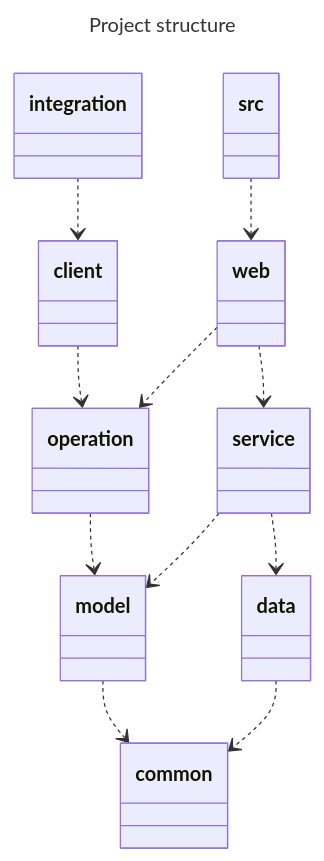
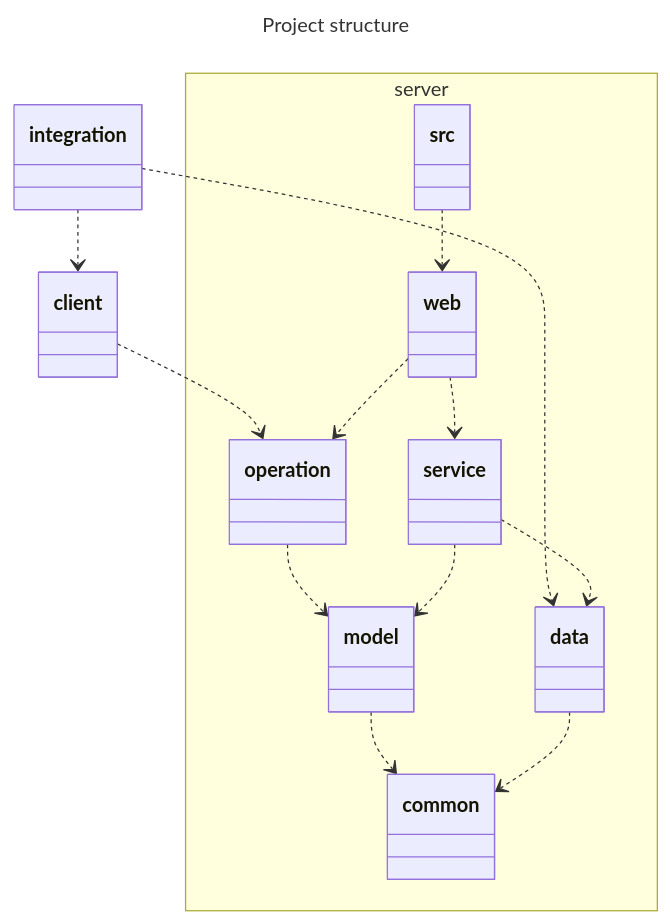
Before and after one commit to BSStudio/bss-web-admin-backend: the diagram in README.md, drawn with Mermaid. The commit also changed other lines of this file, not shown here.

````diff
--- a/README.md
+++ b/README.md
@@ -22,28 +22,29 @@
 ```mermaid
 ---
 title: Project structure
 ---
 classDiagram
     direction TB
 
+     namespace server {
+         class src
+         class web
+         class operation
+         class service
+         class model
+         class data
+         class common
+     }
 
+    integration ..> client
     client ..> operation
+    integration ..> data
     web ..> operation
     web ..> service
     service ..> data
     operation ..> model
     model ..> common
     data ..> common
     service ..> model
-    integration ..> client
     src ..> web
-
-    %% namespace server {
-    %%     class src
-    %%     class web
-    %%     class operation
-    %%     class service
-    %%     class model
-    %%     class data
-    %% }
 ```
````
